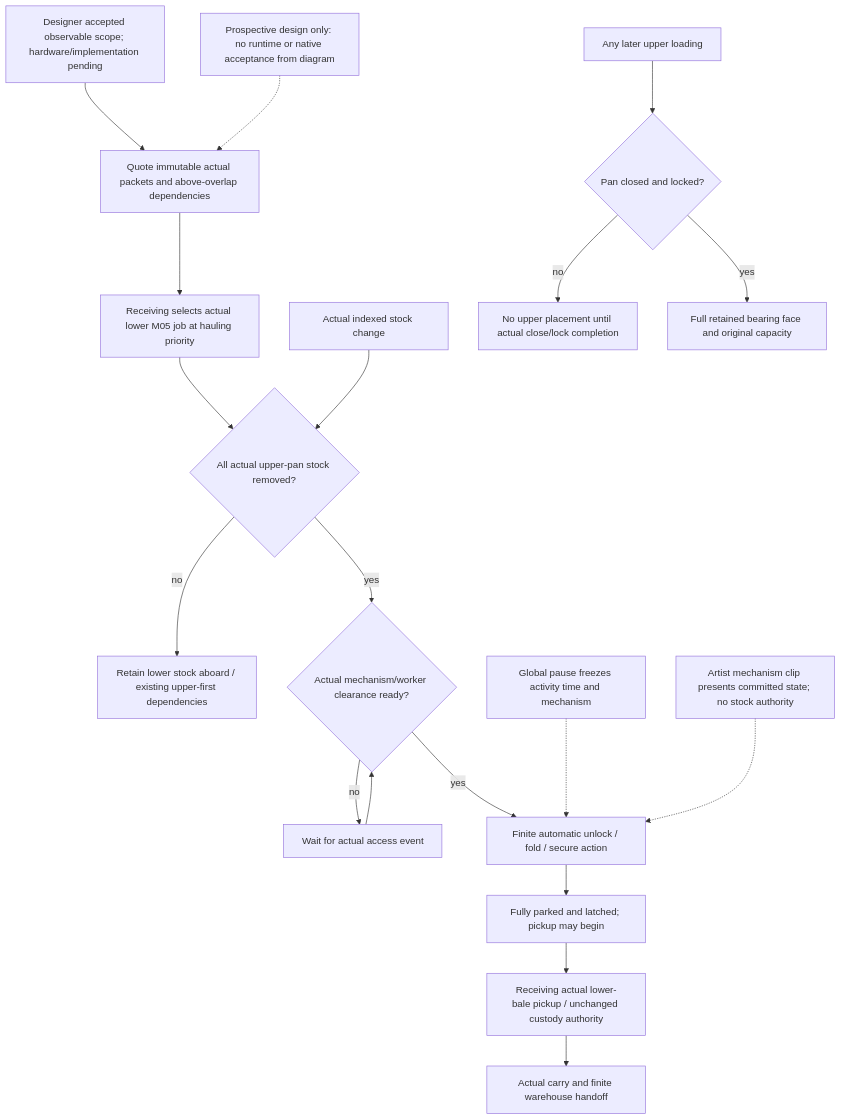
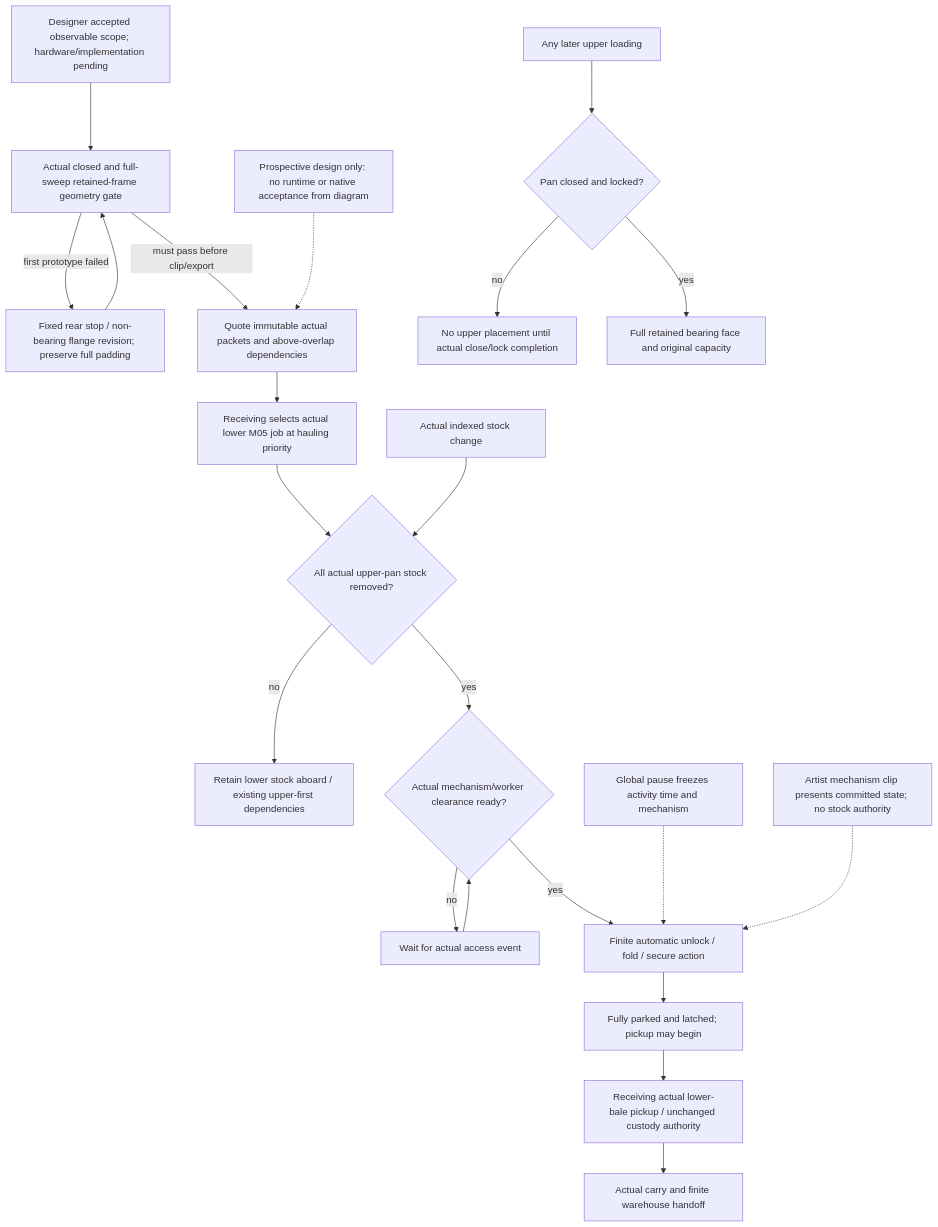
Before and after one commit to TheInfinityIQ/Trencho_V4: the diagram in docs/diagrams/s4_bale_service.mmd, drawn with Mermaid. The commit also changed 8 other files, not shown here.

Commit message:
Retain failed S4 clearance gate and derive full-support guard revision

```diff
--- a/docs/diagrams/s4_bale_service.mmd
+++ b/docs/diagrams/s4_bale_service.mmd
@@ -1,19 +1,22 @@
 flowchart TD
-  Scope[Designer accepted observable scope; hardware/implementation pending] --> Manifest[Quote immutable actual packets and above-overlap dependencies]
+  Scope[Designer accepted observable scope; hardware/implementation pending] --> Hardware[Actual closed and full-sweep retained-frame geometry gate]
+  Hardware -->|first prototype failed| Revise[Fixed rear stop / non-bearing flange revision; preserve full padding]
+  Revise --> Hardware
+  Hardware -->|must pass before clip/export| Manifest[Quote immutable actual packets and above-overlap dependencies]
   Manifest --> Source[Receiving selects actual lower M05 job at hauling priority]
   Source --> Empty{All actual upper-pan stock removed?}
   Empty -->|no| Wait[Retain lower stock aboard / existing upper-first dependencies]
   StockEvent[Actual indexed stock change] --> Empty
   Empty -->|yes| Clear{Actual mechanism/worker clearance ready?}
   Clear -->|no| Clearance[Wait for actual access event]
   Clearance --> Clear
   Clear -->|yes| Prepare[Finite automatic unlock / fold / secure action]
   Prepare --> Parked[Fully parked and latched; pickup may begin]
   Parked --> Pickup[Receiving actual lower-bale pickup / unchanged custody authority]
   Pickup --> Receipt[Actual carry and finite warehouse handoff]
   Pause[Global pause freezes activity time and mechanism] -.-> Prepare
   UpperPlacement[Any later upper loading] --> Closed{Pan closed and locked?}
   Closed -->|no| Reject[No upper placement until actual close/lock completion]
   Closed -->|yes| Support[Full retained bearing face and original capacity]
   View[Artist mechanism clip presents committed state; no stock authority] -.-> Prepare
   Note[Prospective design only: no runtime or native acceptance from diagram] -.-> Manifest
```
